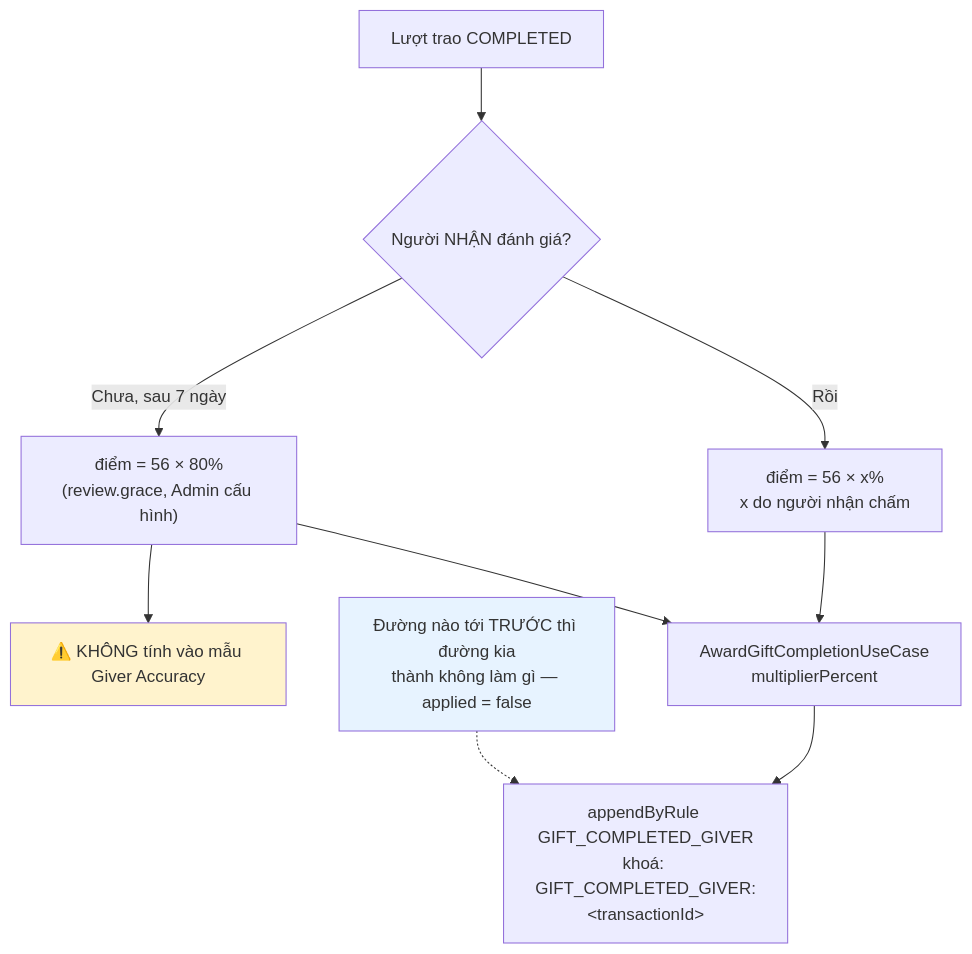
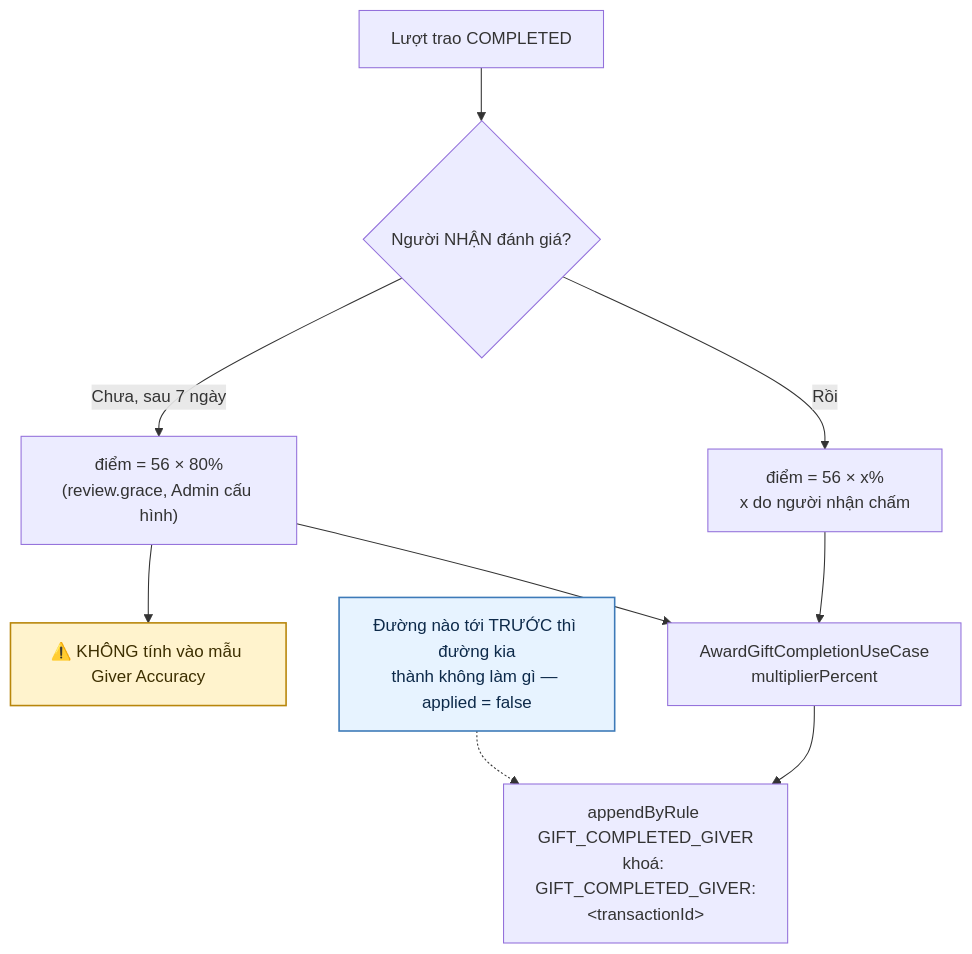
The fourth of 7 diagrams in docs/diagram/11-point.md (fdshn/trueheart), drawn with Mermaid before and after one commit. The commit also changed other lines of this file and 30 other files, not shown here.

First line of the commit message:
docs(diagram): chữ trong khối tô màu đọc được ở cả giao diện sáng và tối

````diff
--- a/docs/diagram/11-point.md
+++ b/docs/diagram/11-point.md
@@ -101,16 +101,16 @@
 ```mermaid
 flowchart TD
     A[Lượt trao COMPLETED] --> B{Người NHẬN đánh giá?}
     B -->|Rồi| C["điểm = 56 × x%<br/>x do người nhận chấm"]
     B -->|Chưa, sau 7 ngày| F["điểm = 56 × 80%<br/>(review.grace, Admin cấu hình)"]
     F --> G["⚠️ KHÔNG tính vào mẫu Giver Accuracy"]
 
     C --> H["AwardGiftCompletionUseCase<br/>multiplierPercent"]
     F --> H
-    H --> I["appendByRule GIFT_COMPLETED_GIVER<br/>khoá: GIFT_COMPLETED_GIVER:&lt;transactionId&gt;"]
+    H --> I["appendByRule GIFT_COMPLETED_GIVER<br/>khoá: GIFT_COMPLETED_GIVER:#lt;transactionId#gt;"]
 
     J["Đường nào tới TRƯỚC thì đường kia<br/>thành không làm gì — applied = false"] -.-> I
 
-    style G fill:#fff3cd
-    style J fill:#e7f3ff
+    style G fill:#fff3cd,stroke:#b8860b,stroke-width:1.5px,color:#3d2f00
+    style J fill:#e7f3ff,stroke:#3d7ab8,stroke-width:1.5px,color:#0d2a4a
 ```
````
